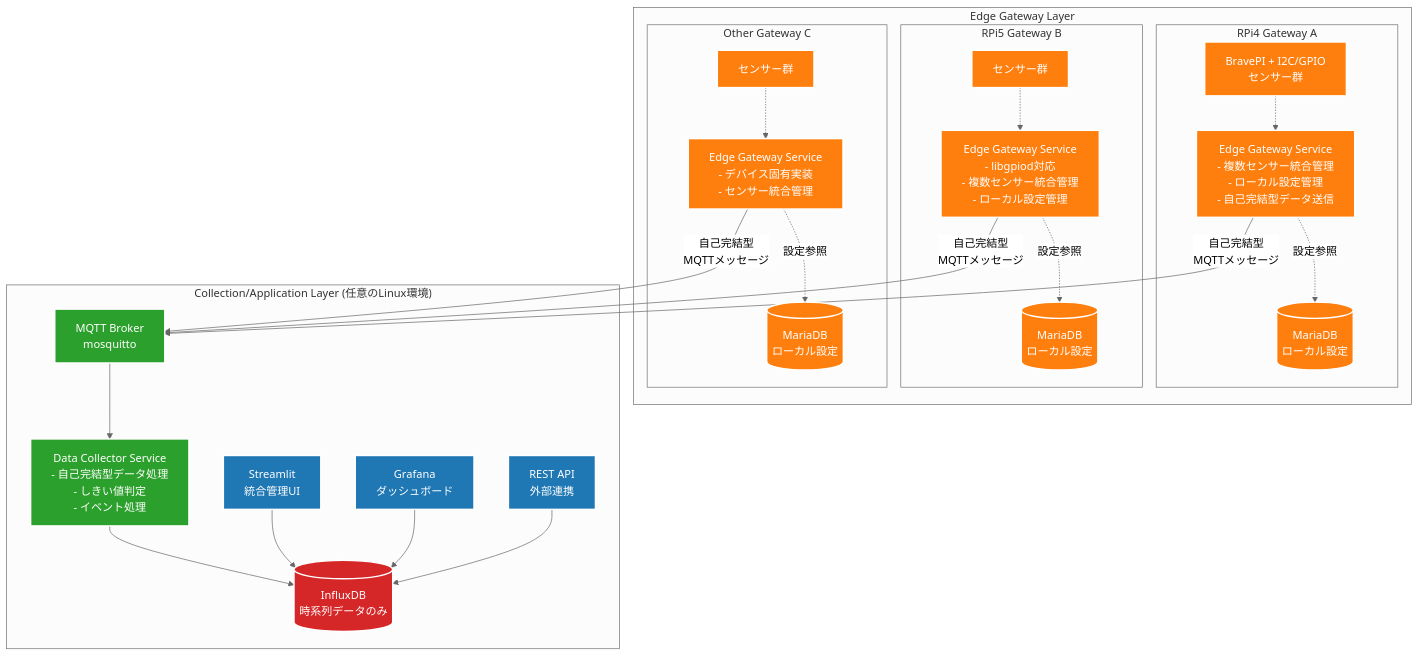
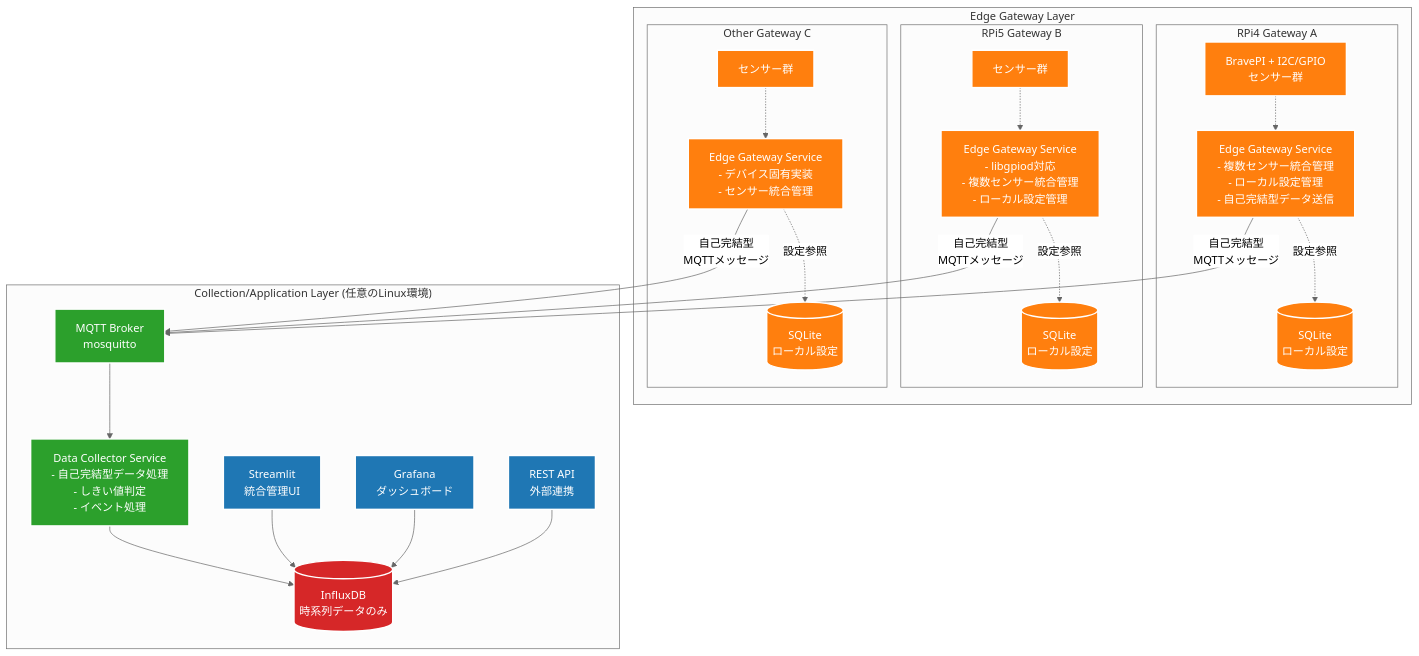
One commit to w-pinkietech/iot4-copy changed the first of 3 diagrams in docs/architecture/sensor-collection-architecture.md. Above: the diagram before and after it, drawn with Mermaid (neutral theme). The commit also changed other lines of this file and 1 other file, not shown here.

First line of the commit message:
docs: Replace MariaDB with SQLite for edge gateway local storage

````diff
--- a/docs/architecture/sensor-collection-architecture.md
+++ b/docs/architecture/sensor-collection-architecture.md
@@ -27,66 +27,66 @@
 ```mermaid
 graph TB
     subgraph "Edge Gateway Layer"
         subgraph "RPi4 Gateway A"
             RPi4HAL[Edge Gateway Service<br/>- 複数センサー統合管理<br/>- ローカル設定管理<br/>- 自己完結型データ送信]
-            RPi4DB[(MariaDB<br/>ローカル設定)]
+            RPi4DB[(SQLite<br/>ローカル設定)]
             RPi4Sensors[BravePI + I2C/GPIO<br/>センサー群]
         end
         
         subgraph "RPi5 Gateway B"
             RPi5HAL[Edge Gateway Service<br/>- libgpiod対応<br/>- 複数センサー統合管理<br/>- ローカル設定管理]
-            RPi5DB[(MariaDB<br/>ローカル設定)]
+            RPi5DB[(SQLite<br/>ローカル設定)]
             RPi5Sensors[センサー群]
         end
         
         subgraph "Other Gateway C"
             OtherHAL[Edge Gateway Service<br/>- デバイス固有実装<br/>- センサー統合管理]
-            OtherDB[(MariaDB<br/>ローカル設定)]
+            OtherDB[(SQLite<br/>ローカル設定)]
             OtherSensors[センサー群]
         end
     end
     
     subgraph "Collection/Application Layer (任意のLinux環境)"
         MQTT[MQTT Broker<br/>mosquitto]
         Collector[Data Collector Service<br/>- 自己完結型データ処理<br/>- しきい値判定<br/>- イベント処理]
         InfluxDB[(InfluxDB<br/>時系列データのみ)]
         Streamlit[Streamlit<br/>統合管理UI]
         Grafana[Grafana<br/>ダッシュボード]
         API[REST API<br/>外部連携]
     end
     
     %% Edge Gateway internal connections
     RPi4Sensors -.-> RPi4HAL
     RPi4HAL -.->|設定参照| RPi4DB
     
     RPi5Sensors -.-> RPi5HAL
     RPi5HAL -.->|設定参照| RPi5DB
     
     OtherSensors -.-> OtherHAL
     OtherHAL -.->|設定参照| OtherDB
     
     %% Edge to Collection connections
     RPi4HAL -->|自己完結型<br/>MQTTメッセージ| MQTT
     RPi5HAL -->|自己完結型<br/>MQTTメッセージ| MQTT
     OtherHAL -->|自己完結型<br/>MQTTメッセージ| MQTT
     
     %% Collection Layer connections
     MQTT --> Collector
     Collector --> InfluxDB
     
     %% Application Layer connections
     Streamlit --> InfluxDB
     Grafana --> InfluxDB
     API --> InfluxDB
     
     %% Styling
     classDef edge fill:#ff7f0e,stroke:#fff,stroke-width:2px,color:#fff
     classDef collection fill:#2ca02c,stroke:#fff,stroke-width:2px,color:#fff
     classDef application fill:#1f77b4,stroke:#fff,stroke-width:2px,color:#fff
     classDef storage fill:#d62728,stroke:#fff,stroke-width:2px,color:#fff
     
     class RPi4HAL,RPi5HAL,OtherHAL,RPi4Sensors,RPi5Sensors,OtherSensors,RPi4DB,RPi5DB,OtherDB edge
     class MQTT,Collector collection
     class Streamlit,Grafana,API application
     class InfluxDB storage
 ```
````
